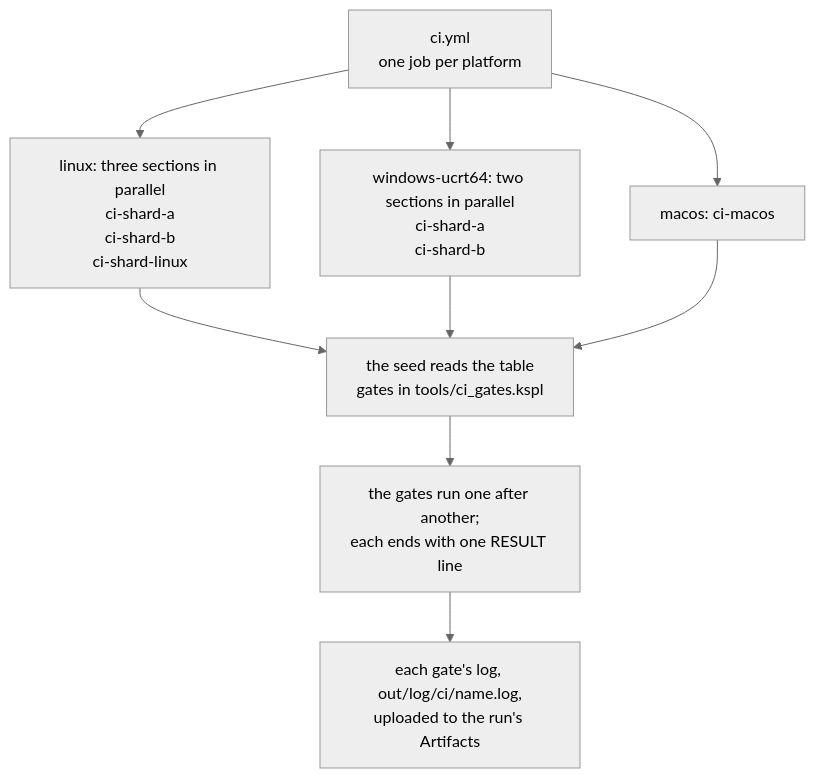
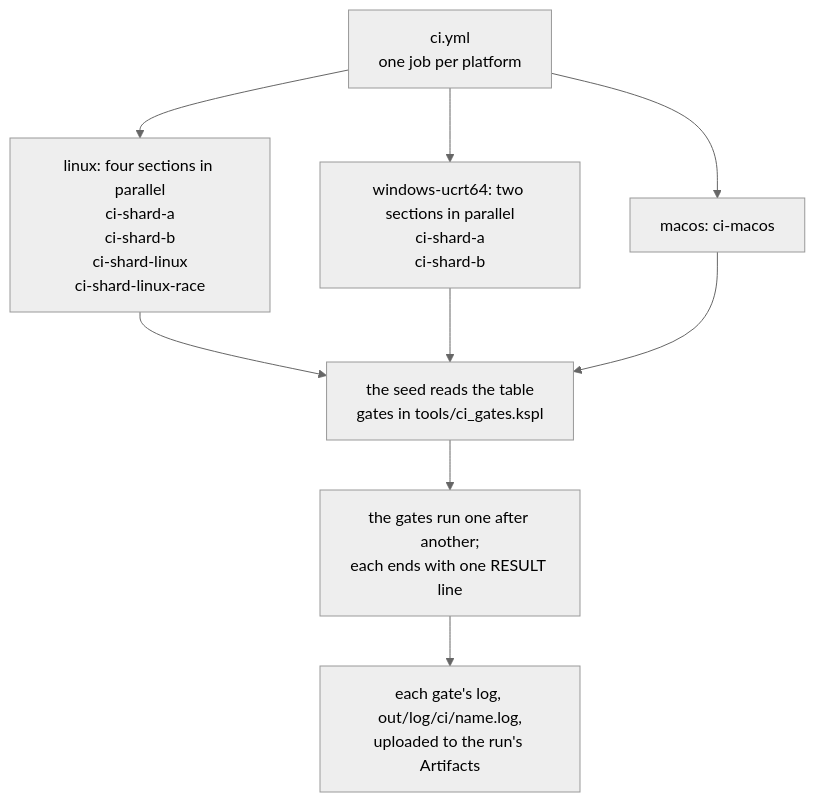
One commit to kansosystem-org/kspl-experimental changed the diagram in docs/SPEC-gates.md. Above: the diagram before and after it, drawn with Mermaid (neutral theme). The commit also changed other lines of this file and 41 other files, not shown here.

````diff
--- a/docs/SPEC-gates.md
+++ b/docs/SPEC-gates.md
@@ -121,11 +122,11 @@
 ```mermaid
 flowchart TD
-    W["ci.yml<br/>one job per platform"] --> LX["linux: three sections in parallel<br/>ci-shard-a<br/>ci-shard-b<br/>ci-shard-linux"]
+    W["ci.yml<br/>one job per platform"] --> LX["linux: four sections in parallel<br/>ci-shard-a<br/>ci-shard-b<br/>ci-shard-linux<br/>ci-shard-linux-race"]
     W --> WN["windows-ucrt64: two sections in parallel<br/>ci-shard-a<br/>ci-shard-b"]
     W --> MC["macos: ci-macos"]
     LX --> T["the seed reads the table<br/>gates in tools/ci_gates.kspl"]
     WN --> T
     MC --> T
     T --> G["the gates run one after another;<br/>each ends with one RESULT line"]
     G --> O["each gate's log, out/log/ci/name.log,<br/>uploaded to the run's Artifacts"]
 ```
````
